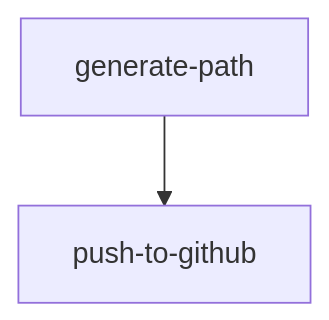
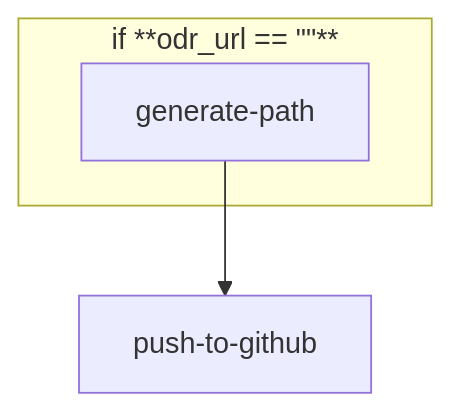
The third of 4 diagrams in workflows/raster/README.md (linz/topo-workflows), drawn with Mermaid before and after one commit. The commit also changed other lines of this file and 4 other files, not shown here.

Commit message:
fix: publish to ODR to accept odr_url TDE-1447

````diff
--- a/workflows/raster/README.md
+++ b/workflows/raster/README.md
@@ -269,4 +269,7 @@
 ```mermaid
 graph TD;
-  generate-path-->push-to-github;
+  subgraph "if **odr_url == &quot;&quot;**"
+    generate-path
+  end
+  generate-path --> push-to-github;
 ```
````
